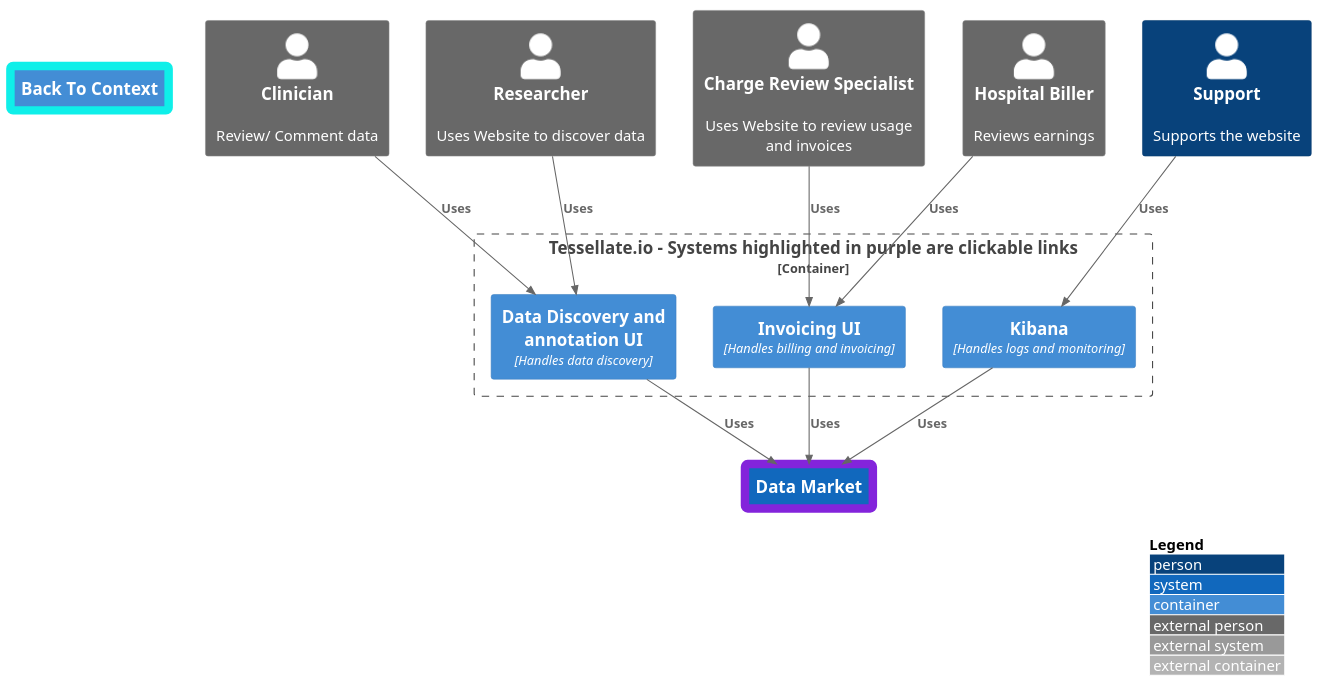
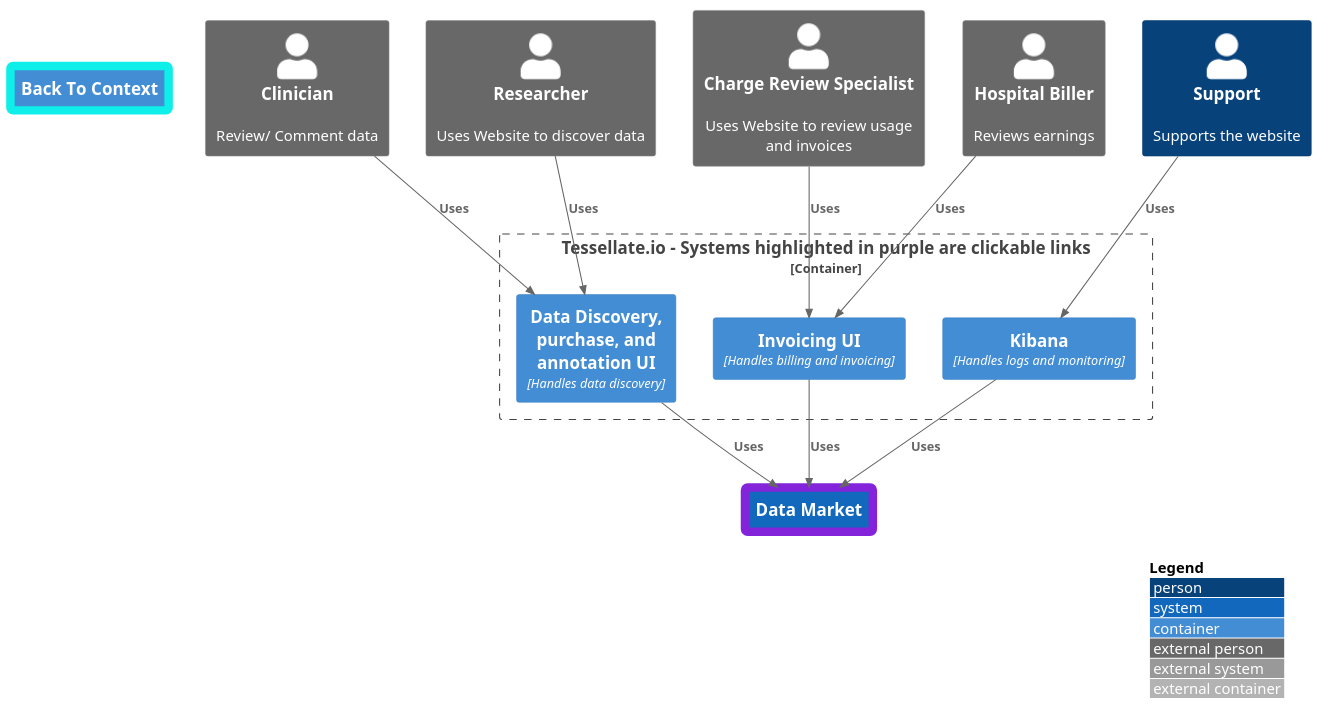
The diagram in ArchitectureModel/TesselateIOContainer.puml (migueladelvalle/SE577-684-SP-23-24-final-project), drawn with PlantUML before and after one commit. The commit also changed 11 other files, not shown here.

Commit message:
added PDF and doc charts with explanations

```diff
--- a/ArchitectureModel/TesselateIOContainer.puml
+++ b/ArchitectureModel/TesselateIOContainer.puml
@@ -1,35 +1,35 @@
 @startuml
 !include ./C4_Container.puml
 
 LAYOUT_WITH_LEGEND()
 
 AddElementTag("lowerLevelLink", $borderColor="8324db",$borderThickness="8")
 AddElementTag("higherLevelLink", $borderColor="0fefe9ff",$borderThickness="8")
 
 Container(back, "Back To Context", $link="./ContextDiagram.puml", $tags="higherLevelLink")
 
 Person_Ext(clinician, "Clinician", "Review/ Comment data")
 Person_Ext(billers, "Hospital Biller","Reviews earnings")
 Person_Ext(researcher, "Researcher", "Uses Website to discover data")
 Person_Ext(reviewer, "Charge Review Specialist", "Uses Website to review usage and invoices")
 System(datamarket, "Data Market",$link="./DataMarketContainer.puml", $tags="lowerLevelLink")
 Person(support, "Support", "Supports the website")
 
 Container_Boundary(website, "Tessellate.io - Systems highlighted in purple are clickable links", "The boundary of the system"){
     Container(billing, "Invoicing UI", "Handles billing and invoicing")
-    Container(query, "Data Discovery and annotation UI", "Handles data discovery")
+    Container(query, "Data Discovery, purchase, and annotation UI", "Handles data discovery")
     Container(logs, "Kibana", "Handles logs and monitoring")
 }
 
 Rel(clinician, query, "Uses")
 Rel(researcher, query, "Uses")
 Rel(billers, billing, "Uses")
 Rel(reviewer, billing, "Uses")
 Rel(query, datamarket, "Uses")
 Rel(billing, datamarket, "Uses")
 Rel(logs, datamarket, "Uses")
 Rel(support, logs, "Uses")
 
 
 
 @enduml
```
